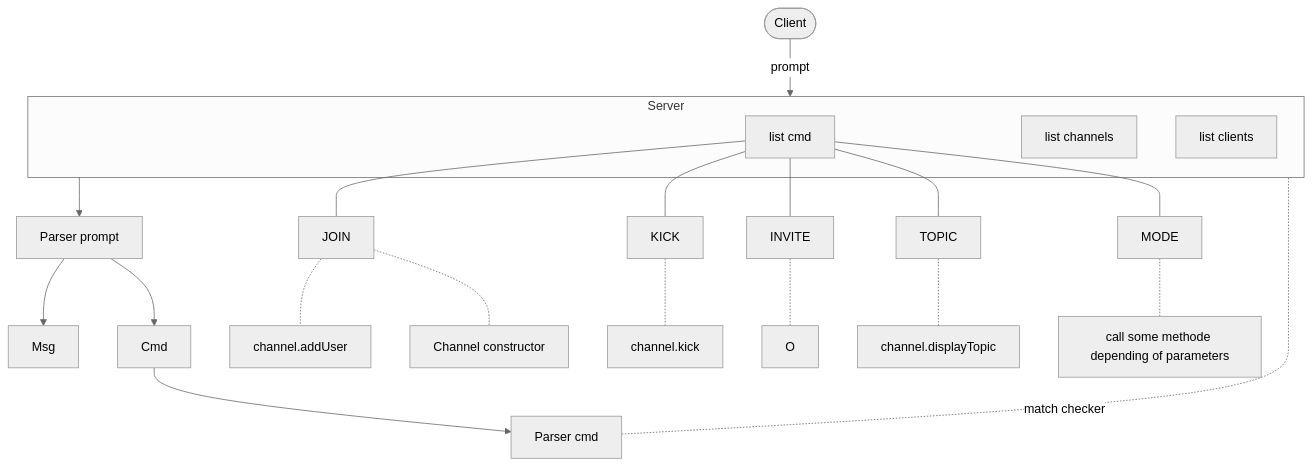
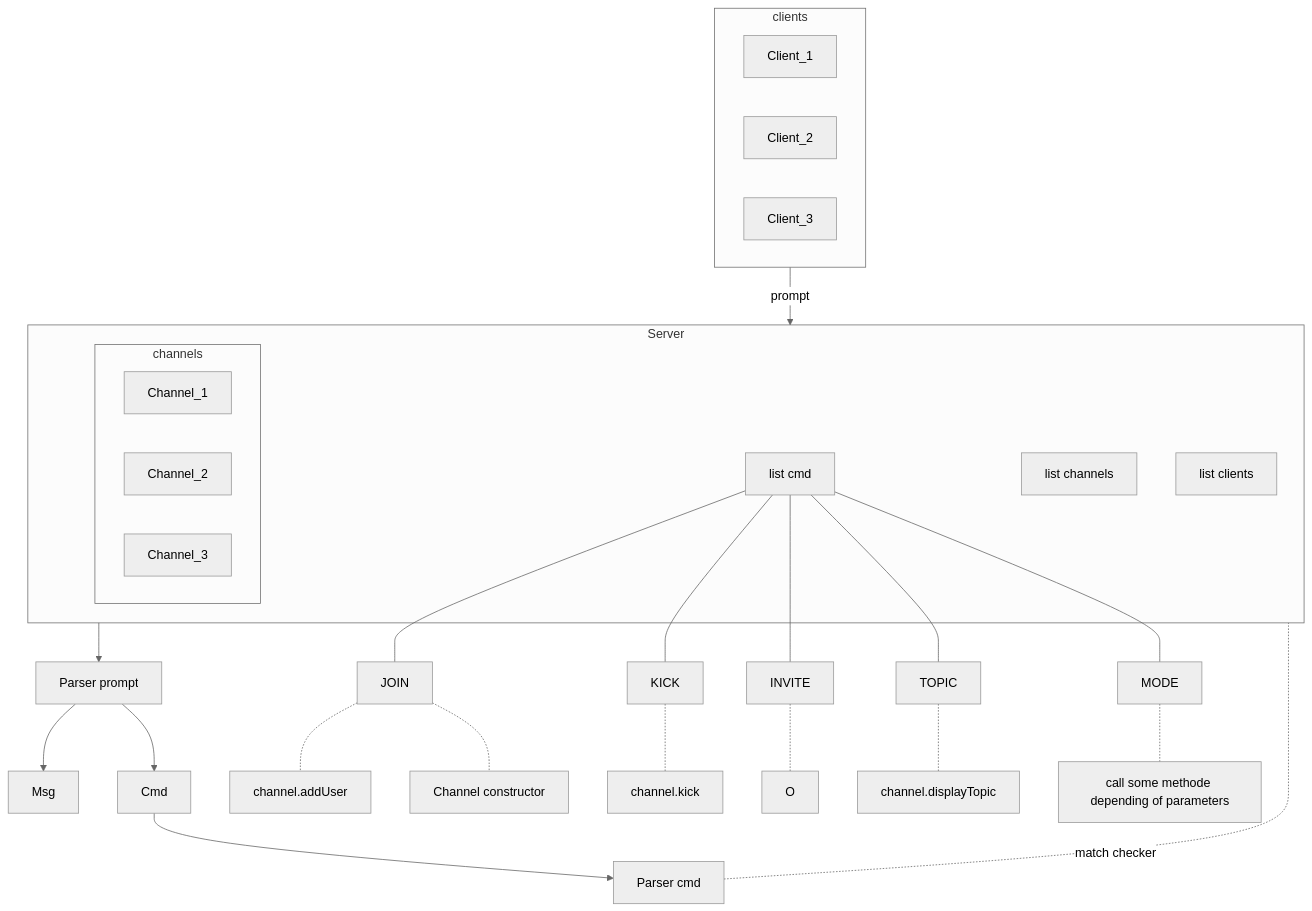
The second of 2 diagrams in README.md (tiegd/ft_irc), drawn with Mermaid (neutral theme) before and after one commit.

Commit message:
flowchart

````diff
--- a/README.md
+++ b/README.md
@@ -48,47 +48,57 @@
 ```mermaid
 flowchart TB
     subgraph Server
         S1@{label: list cmd}
         S2@{label: list channels}
         S3@{label: list clients}
+        subgraph channels
+            C1@{label: Channel_1}
+            C2@{label: Channel_2}
+            C3@{label: Channel_3}
+        end
     end
-    A@{ shape: stadium, label: Client}
+    subgraph clients
+        Cl1@{label: Client_1}
+        Cl2@{label: Client_2}
+        Cl3@{label: Client_3}
+    end
+    %% A@{ shape: stadium, label: Client}
     C@{label: Parser prompt}
     D@{label: Parser cmd}
     E@{label: Msg}
     F@{label: Cmd}
 
     H@{label: JOIN}
     I@{label: KICK}
     J@{label: INVITE}
     K@{label: TOPIC}
     L@{label: MODE}
 
     M@{label: channel.addUser}
     MM@{label: Channel constructor}
     N@{label: channel.kick}
     O@{label: }
     P@{label: channel.displayTopic}
     Q@{label: call some methode depending of parameters}
 
 
-    A --> |prompt| Server
+    clients --> |prompt| Server
     Server --> C
     C --> E
     C --> F
     F --> D
     D -.- |match checker| Server
 
     S1 --- H
     S1 --- I
     S1 --- J
     S1 --- K
     S1 --- L
 
     H -.- M
     H -.- MM
     I -.- N
     J -.- O
     K -.- P
     L -.- Q
 ```
````
